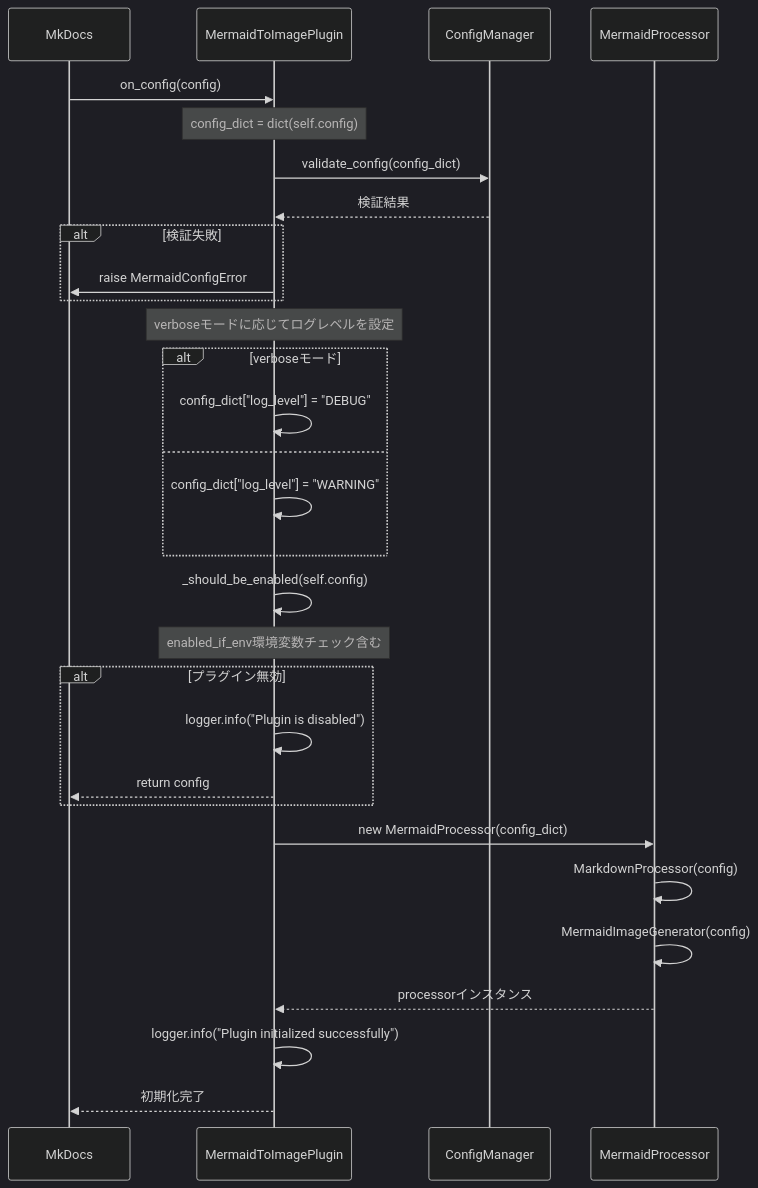
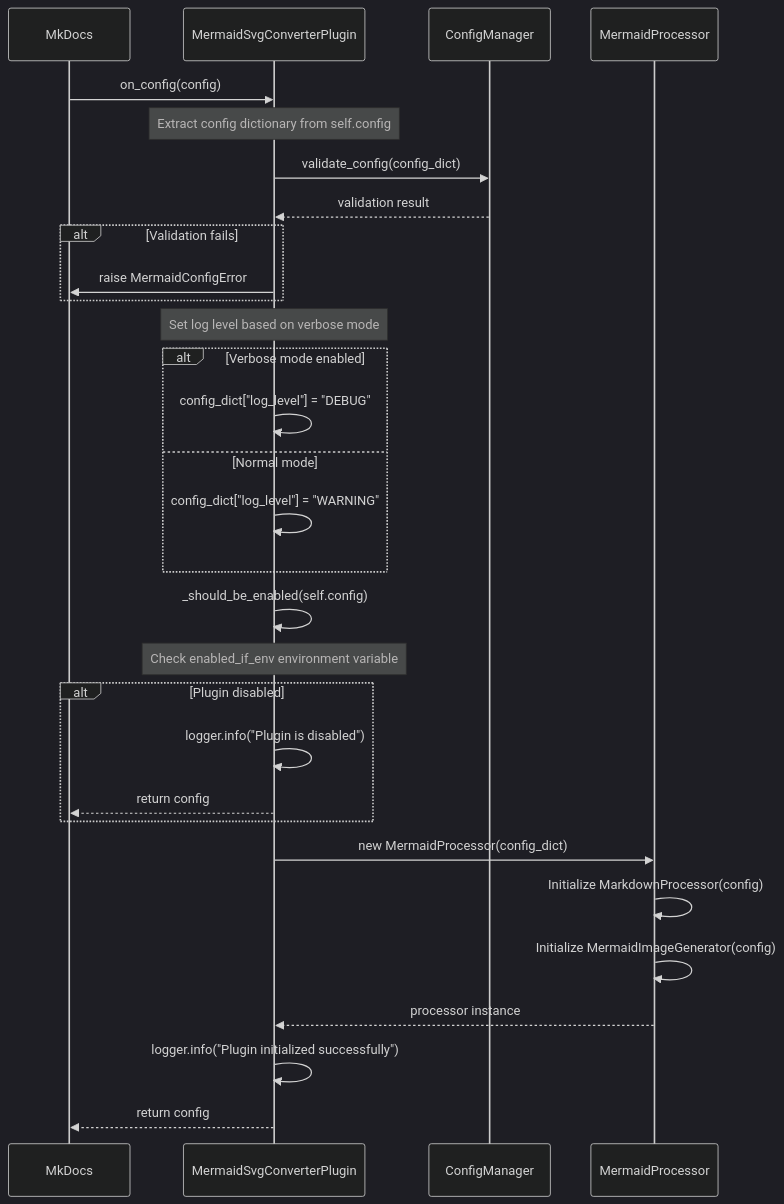
Before and after one commit to nuitsjp/mkdocs-mermaid-to-svg: the third of 7 diagrams in docs/architecture.md, drawn with Mermaid (dark theme). The commit also changed other lines of this file and 1 other file, not shown here.

First line of the commit message:
docs: READMEとarchitecture.mdを全面改訂し、英語化・最新設計・利用例・PDF対応・設定例を充実化

````diff
--- a/docs/architecture.md
+++ b/docs/architecture.md
@@ -168,38 +187,38 @@
 ```mermaid
 sequenceDiagram
     participant MkDocs
-    participant Plugin as MermaidToImagePlugin
+    participant Plugin as MermaidSvgConverterPlugin
     participant CfgMgr as ConfigManager
     participant Proc as MermaidProcessor
 
     MkDocs->>Plugin: on_config(config)
 
-    Note over Plugin: config_dict = dict(self.config)
+    Note over Plugin: Extract config dictionary from self.config
     Plugin->>CfgMgr: validate_config(config_dict)
-    CfgMgr-->>Plugin: 検証結果
-    alt 検証失敗
+    CfgMgr-->>Plugin: validation result
+    alt Validation fails
         Plugin->>MkDocs: raise MermaidConfigError
     end
 
-    Note over Plugin: verboseモードに応じてログレベルを設定
-    alt verboseモード
+    Note over Plugin: Set log level based on verbose mode
+    alt Verbose mode enabled
         Plugin->>Plugin: config_dict["log_level"] = "DEBUG"
-    else
+    else Normal mode
         Plugin->>Plugin: config_dict["log_level"] = "WARNING"
     end
 
     Plugin->>Plugin: _should_be_enabled(self.config)
-    Note over Plugin: enabled_if_env環境変数チェック含む
-    alt プラグイン無効
+    Note over Plugin: Check enabled_if_env environment variable
+    alt Plugin disabled
         Plugin->>Plugin: logger.info("Plugin is disabled")
         Plugin-->>MkDocs: return config
     end
 
     Plugin->>Proc: new MermaidProcessor(config_dict)
-    Proc->>Proc: MarkdownProcessor(config)
-    Proc->>Proc: MermaidImageGenerator(config)
-    Proc-->>Plugin: processorインスタンス
+    Proc->>Proc: Initialize MarkdownProcessor(config)
+    Proc->>Proc: Initialize MermaidImageGenerator(config)
+    Proc-->>Plugin: processor instance
 
     Plugin->>Plugin: logger.info("Plugin initialized successfully")
-    Plugin-->>MkDocs: 初期化完了
+    Plugin-->>MkDocs: return config
 ```
````
